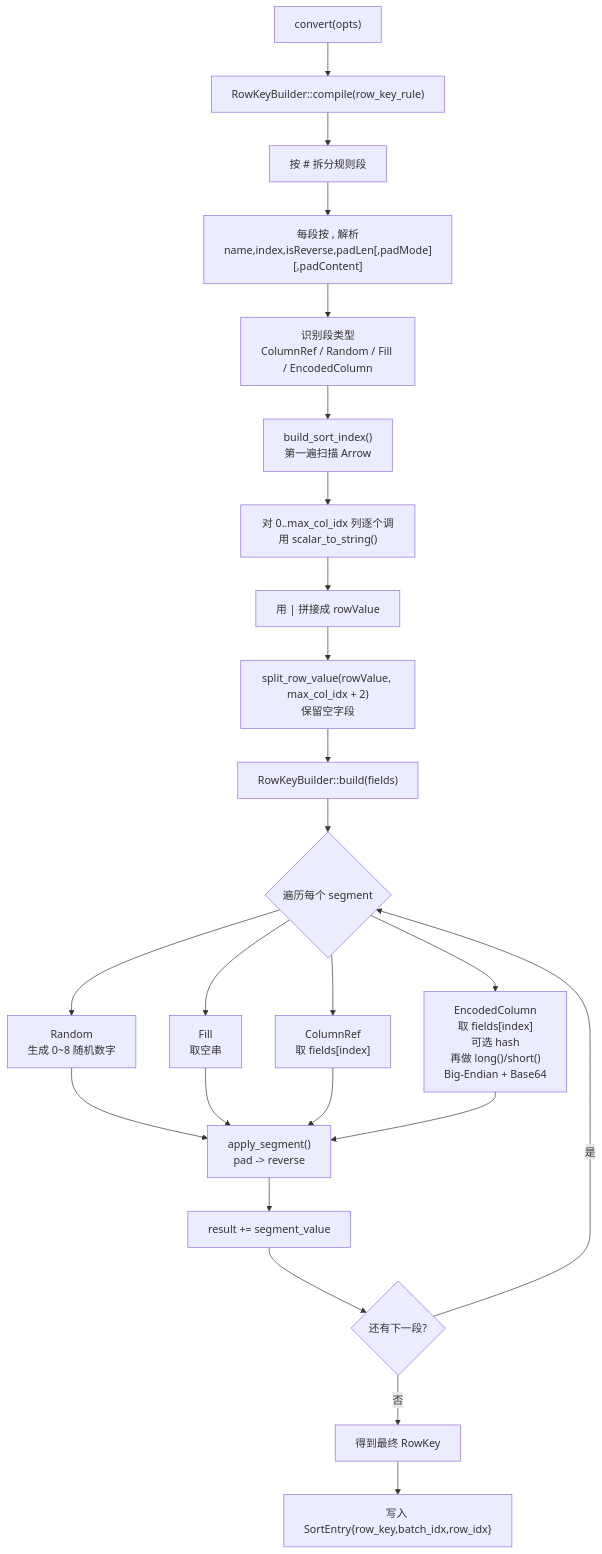
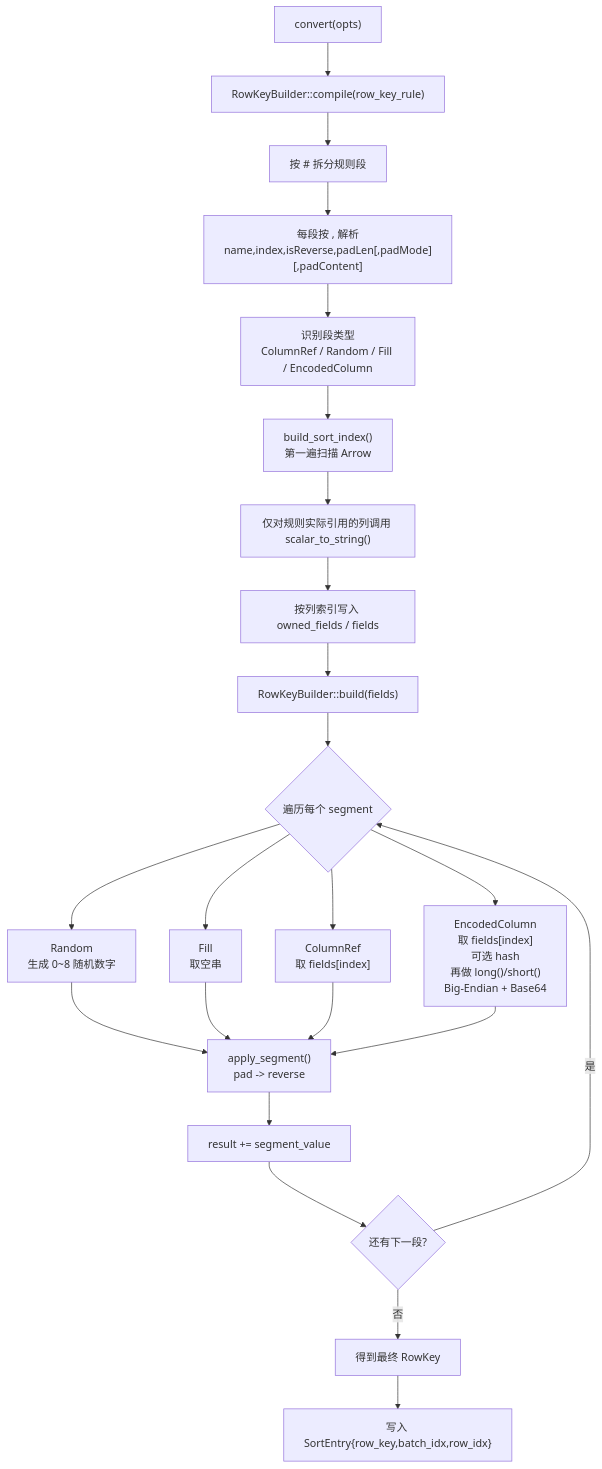
One commit to gauss1314/HFileSDK changed the first of 2 diagrams in DESIGN.md. Above: the diagram before and after it, drawn with Mermaid. The commit also changed other lines of this file and 16 other files, not shown here.

````diff
--- a/DESIGN.md
+++ b/DESIGN.md
@@ -366,42 +362,40 @@
 ```mermaid
 flowchart TD
     A["convert(opts)"] --> B["RowKeyBuilder::compile(row_key_rule)"]
     B --> C["按 # 拆分规则段"]
     C --> D["每段按 , 解析
 name,index,isReverse,padLen[,padMode][,padContent]"]
     D --> E["识别段类型
 ColumnRef / Random / Fill / EncodedColumn"]
 
     E --> F["build_sort_index()
 第一遍扫描 Arrow"]
-    F --> G["对 0..max_col_idx 列逐个调用 scalar_to_string()"]
-    G --> H["用 | 拼接成 rowValue"]
-    H --> I["split_row_value(rowValue, max_col_idx + 2)
-保留空字段"]
-    I --> J["RowKeyBuilder::build(fields)"]
+    F --> G["仅对规则实际引用的列调用 scalar_to_string()"]
+    G --> H["按列索引写入 owned_fields / fields"]
+    H --> J["RowKeyBuilder::build(fields)"]
 
     J --> K{"遍历每个 segment"}
     K --> L["Random
 生成 0~8 随机数字"]
     K --> M["Fill
 取空串"]
     K --> N["ColumnRef
 取 fields[index]"]
     K --> O["EncodedColumn
 取 fields[index]
 可选 hash
 再做 long()/short()
 Big-Endian + Base64"]
 
     L --> P["apply_segment()
 pad -> reverse"]
     M --> P
     N --> P
     O --> P
 
     P --> Q["result += segment_value"]
     Q --> R{"还有下一段?"}
     R -- 是 --> K
     R -- 否 --> S["得到最终 RowKey"]
     S --> T["写入 SortEntry{row_key,batch_idx,row_idx}"]
 ```
````
